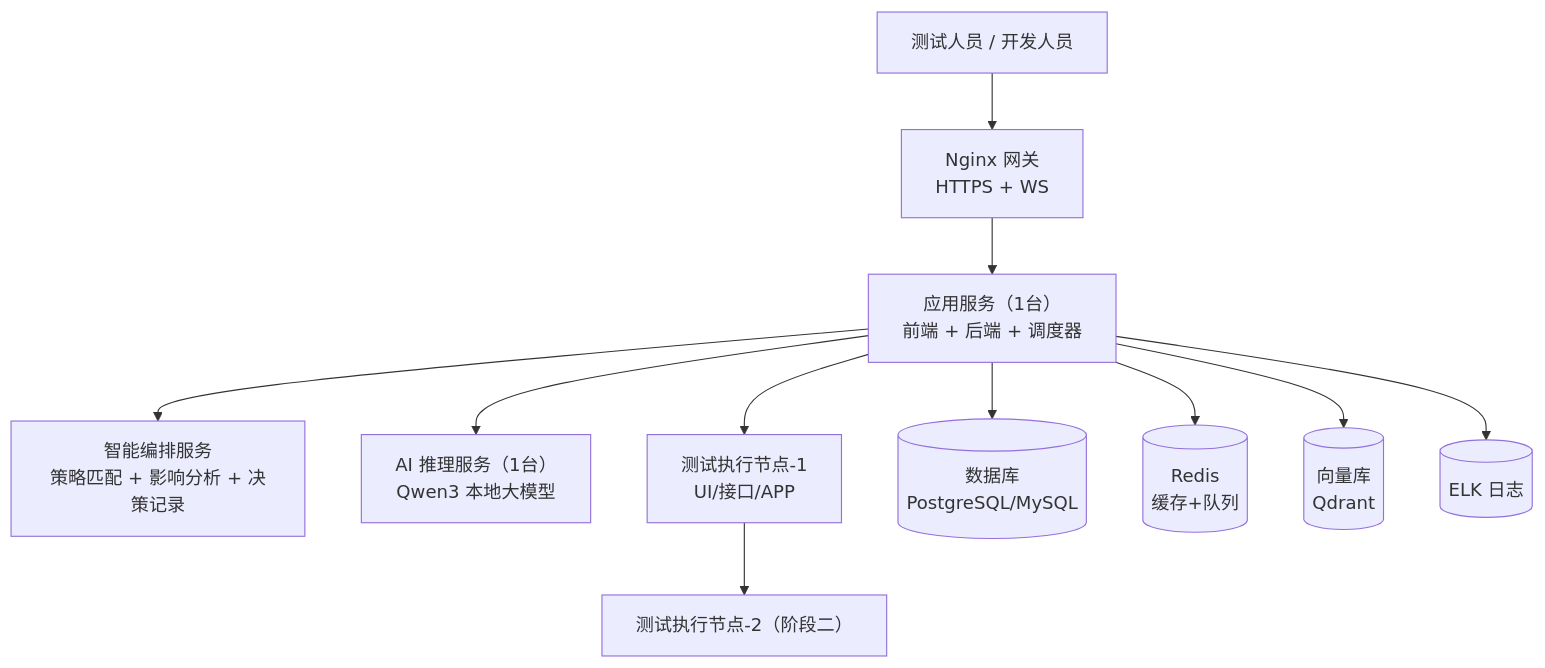
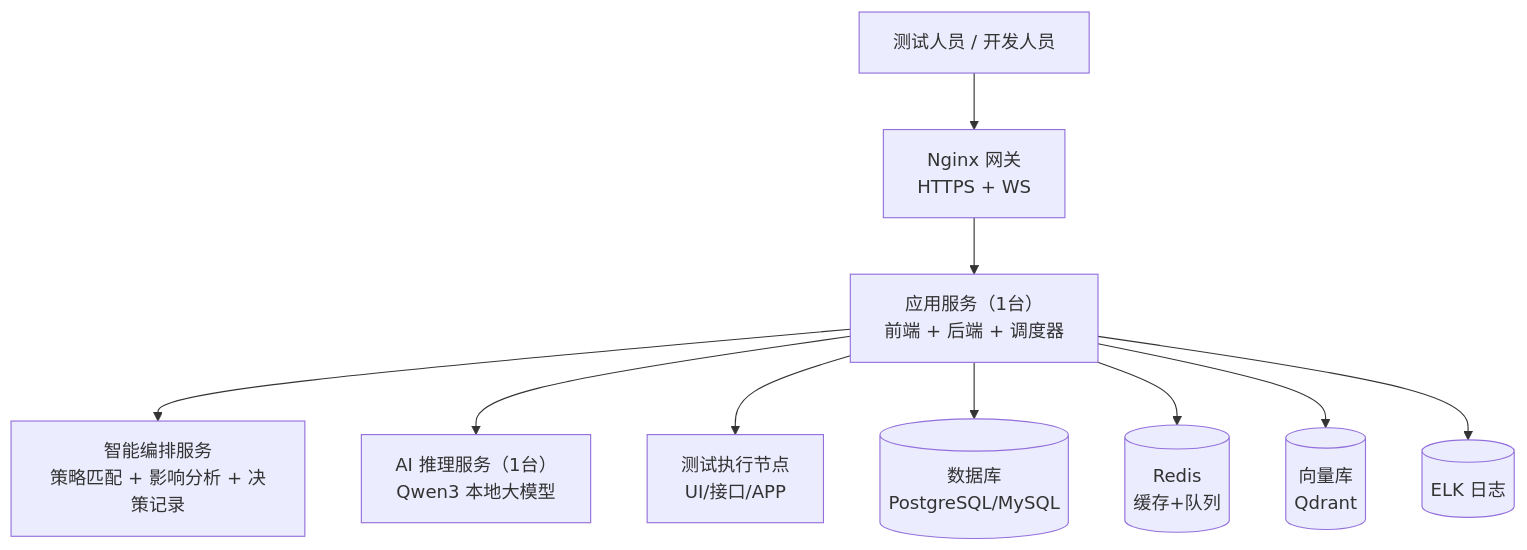
One commit to xiangsong97/xueran changed the eighth of 9 diagrams in AI驱动自动化测试平台自研落地实施方案.md. Above: the diagram before and after it, drawn with Mermaid. The commit also changed other lines of this file, not shown here.

Commit message:
docs: clarify AI test orchestration and chapter 5 flows

````diff
--- a/AI驱动自动化测试平台自研落地实施方案.md
+++ b/AI驱动自动化测试平台自研落地实施方案.md
@@ -809,13 +1042,12 @@
 ```mermaid
 flowchart TB
     USER["测试人员 / 开发人员"] --> NGINX["Nginx 网关<br/>HTTPS + WS"]
     NGINX --> APP["应用服务（1台）<br/>前端 + 后端 + 调度器"]
     APP --> ORCH["智能编排服务<br/>策略匹配 + 影响分析 + 决策记录"]
     APP --> AI["AI 推理服务（1台）<br/>Qwen3 本地大模型"]
-    APP --> EXEC1["测试执行节点-1<br/>UI/接口/APP"]
-    EXEC1 --> EXEC2["测试执行节点-2（阶段二）"]
+    APP --> EXEC1["测试执行节点<br/>UI/接口/APP"]
     APP --> DB[("数据库<br/>PostgreSQL/MySQL")]
     APP --> REDIS[("Redis<br/>缓存+队列")]
     APP --> VEC[("向量库<br/>Qdrant")]
     APP --> LOG[("ELK 日志")]
 ```
````
